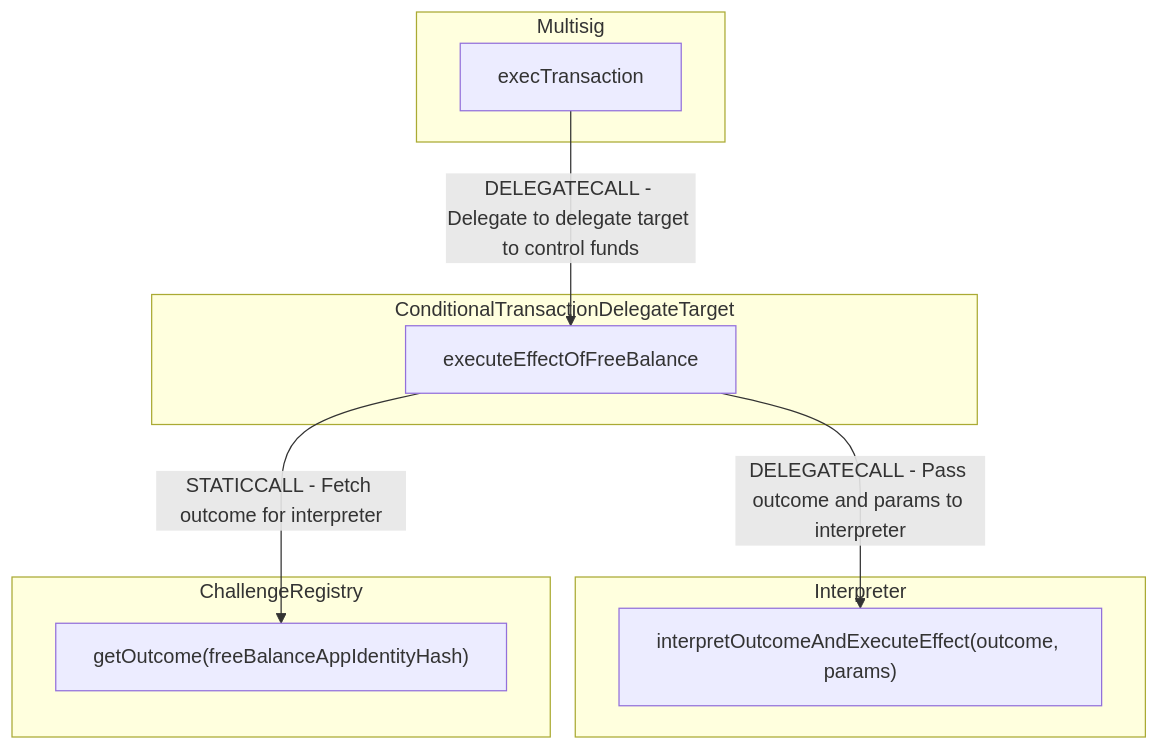
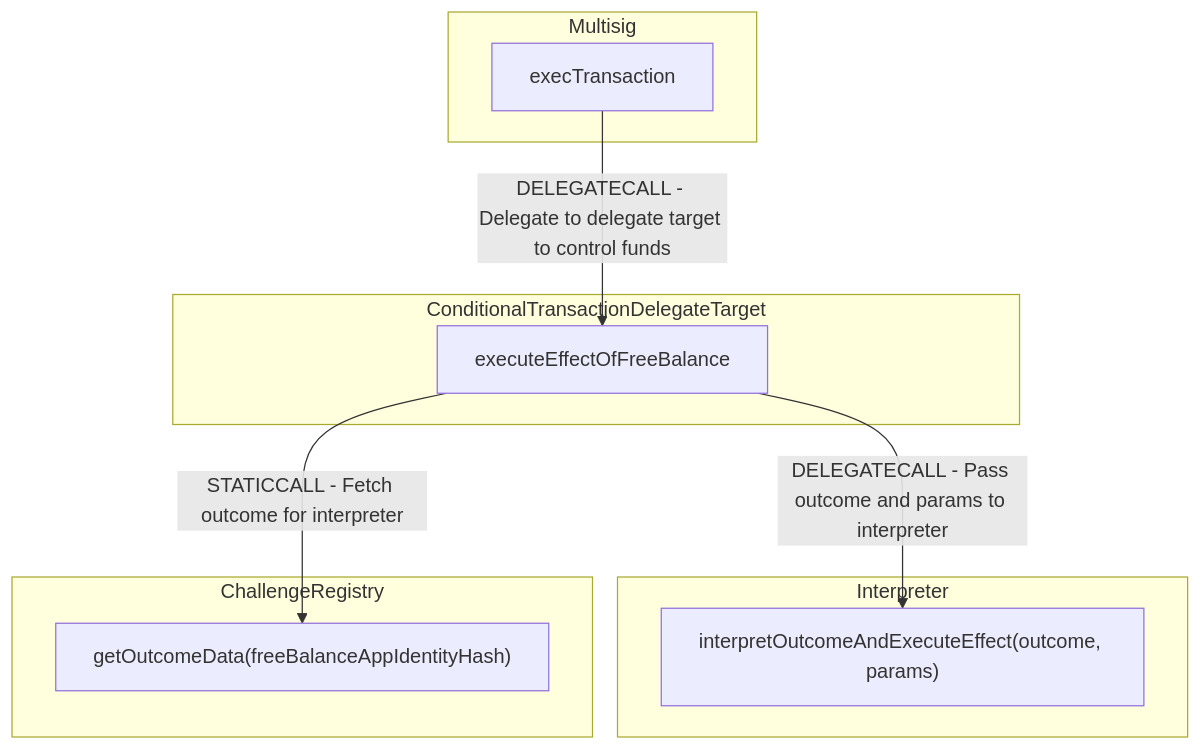
Before and after one commit to counterfactual/monorepo: the diagram in packages/specs/source/diagrams/setup-commitment.mmd, drawn with Mermaid. The commit also changed 23 other files, not shown here.

```diff
--- a/packages/specs/source/diagrams/setup-commitment.mmd
+++ b/packages/specs/source/diagrams/setup-commitment.mmd
@@ -1,22 +1,22 @@
 graph TB
 
     subgraph Interpreter
         interpretOutcomeAndExecuteEffect["interpretOutcomeAndExecuteEffect(outcome, params)"]
     end
 
     subgraph ChallengeRegistry
-        getOutcome["getOutcome(freeBalanceAppIdentityHash)"]
+        getOutcome["getOutcomeData(freeBalanceAppIdentityHash)"]
     end
 
     subgraph ConditionalTransactionDelegateTarget
         executeEffectOfFreeBalance
         executeEffectOfFreeBalance
           -->|DELEGATECALL - Pass outcome and params to interpreter| interpretOutcomeAndExecuteEffect
         executeEffectOfFreeBalance
           -->|STATICCALL - Fetch outcome for interpreter| getOutcome
     end
 
     subgraph Multisig
         execTransaction
           -->|DELEGATECALL - Delegate to delegate target to control funds |executeEffectOfFreeBalance
     end
```
